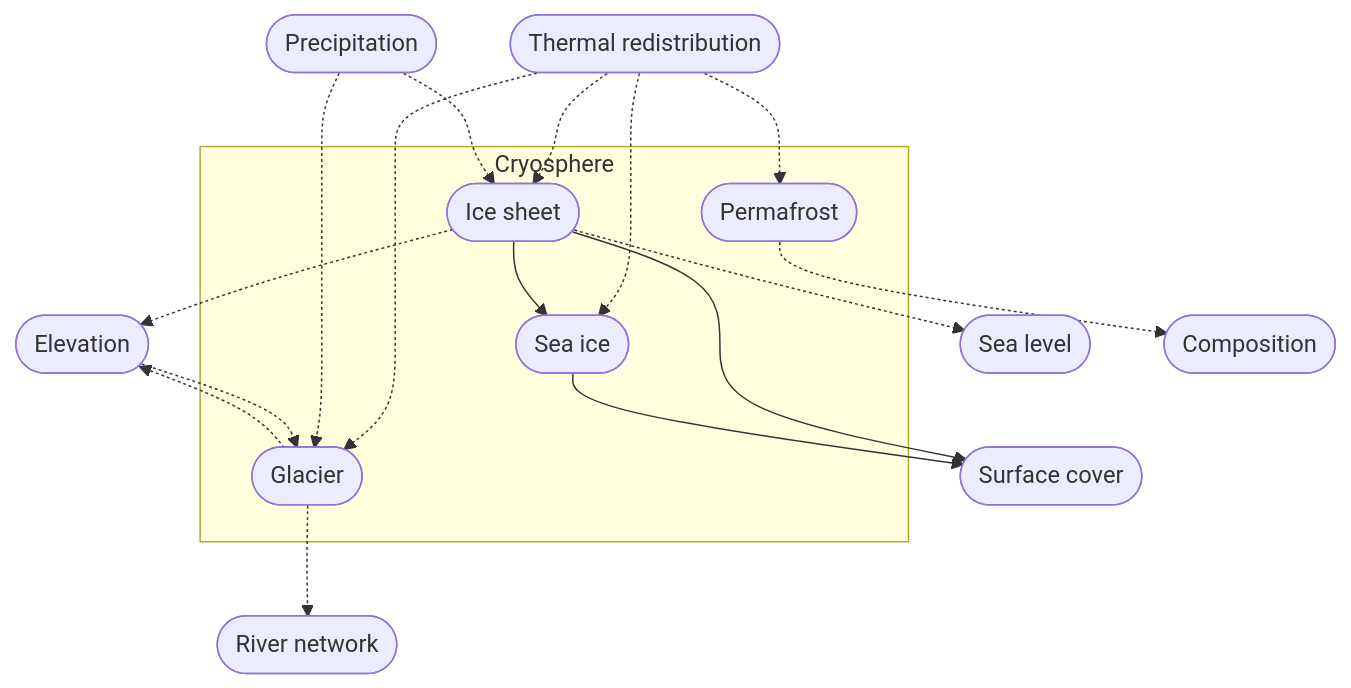
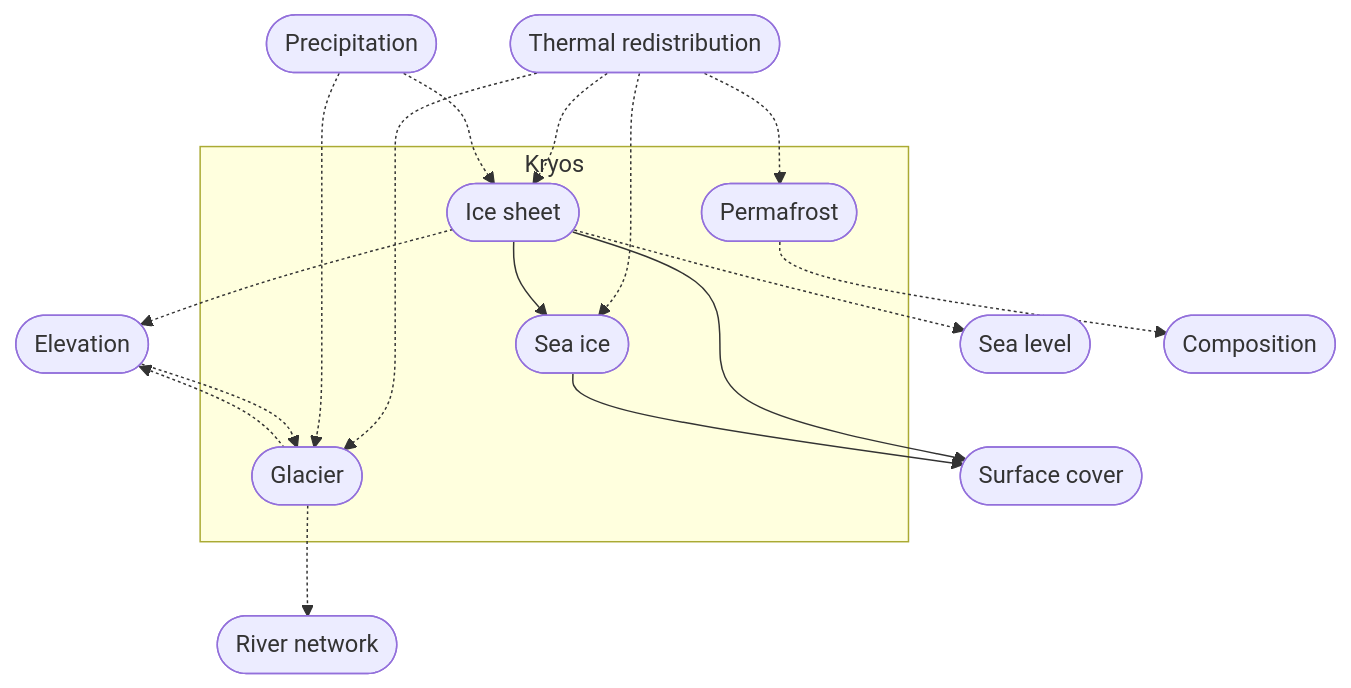
Before and after one commit to lagardej/mimameithr: the fifth of 8 diagrams in docs/concerns.adoc, drawn with Mermaid. The commit also changed other lines of this file and 136 other files, not shown here.

```diff
--- a/docs/concerns.adoc
+++ b/docs/concerns.adoc
@@ -277,34 +277,34 @@
 [mermaid]
 ....
 flowchart TB
-    subgraph Cryosphere
+    subgraph Kryos
         IceSheet([Ice sheet])
         Glacier([Glacier])
         SeaIce([Sea ice])
         Permafrost([Permafrost])
     end
 
     ThermalRedistribution([Thermal redistribution])
     Precipitation([Precipitation])
     Elevation([Elevation])
     SurfaceCover([Surface cover])
     SeaLevel([Sea level])
     RiverNetwork([River network])
     Composition([Composition])
 
     ThermalRedistribution -.-> IceSheet
     ThermalRedistribution -.-> SeaIce
     ThermalRedistribution -.-> Glacier
     ThermalRedistribution -.-> Permafrost
     Precipitation -.-> IceSheet
     Precipitation -.-> Glacier
     Elevation -.-> Glacier
     IceSheet --> SeaIce
     IceSheet -.-> SeaLevel
     IceSheet -.-> Elevation
     IceSheet --> SurfaceCover
     SeaIce --> SurfaceCover
     Glacier -.-> Elevation
     Glacier -.-> RiverNetwork
     Permafrost -.-> Composition
 ....
```
